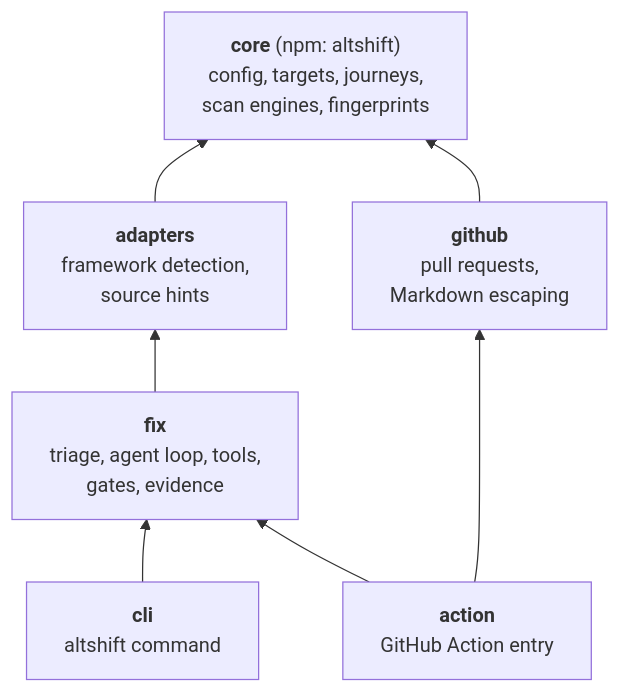
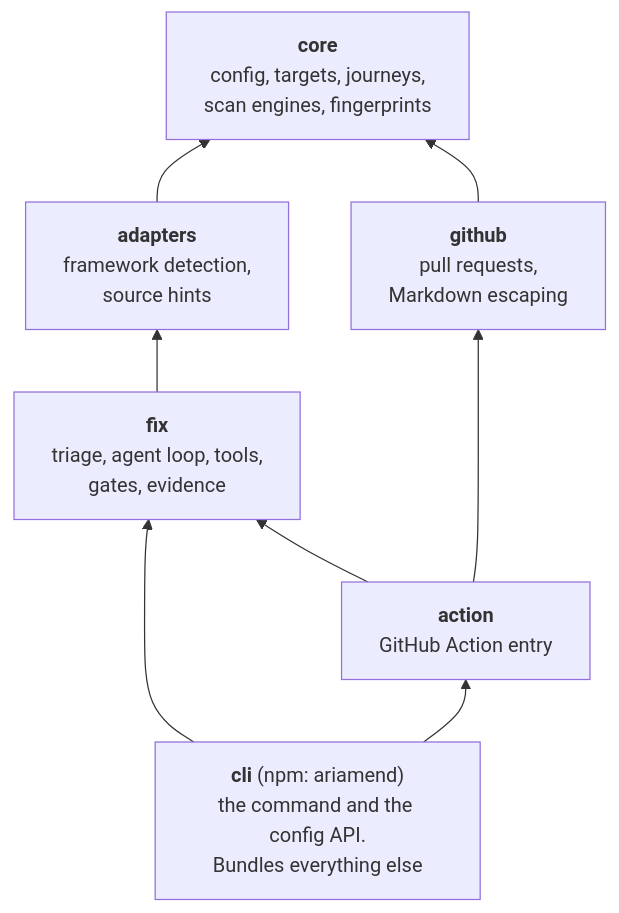
One commit to riz007/altshift changed the fifth of 5 diagrams in README.md. Above: the diagram before and after it, drawn with Mermaid. The commit also changed other lines of this file and 107 other files, not shown here.

````diff
--- a/README.md
+++ b/README.md
@@ -291,16 +336,17 @@
 ```mermaid
 flowchart BT
-    core["<b>core</b> (npm: altshift)<br/>config, targets, journeys,<br/>scan engines, fingerprints"]
+    core["<b>core</b><br/>config, targets, journeys,<br/>scan engines, fingerprints"]
     adapters["<b>adapters</b><br/>framework detection,<br/>source hints"]
     fix["<b>fix</b><br/>triage, agent loop, tools,<br/>gates, evidence"]
     github["<b>github</b><br/>pull requests,<br/>Markdown escaping"]
-    cli["<b>cli</b><br/>altshift command"]
+    cli["<b>cli</b> (npm: ariamend)<br/>the command and the config API.<br/>Bundles everything else"]
     action["<b>action</b><br/>GitHub Action entry"]
 
     adapters --> core
     fix --> adapters
     github --> core
     cli --> fix
+    cli --> action
     action --> fix
     action --> github
 ```
````
